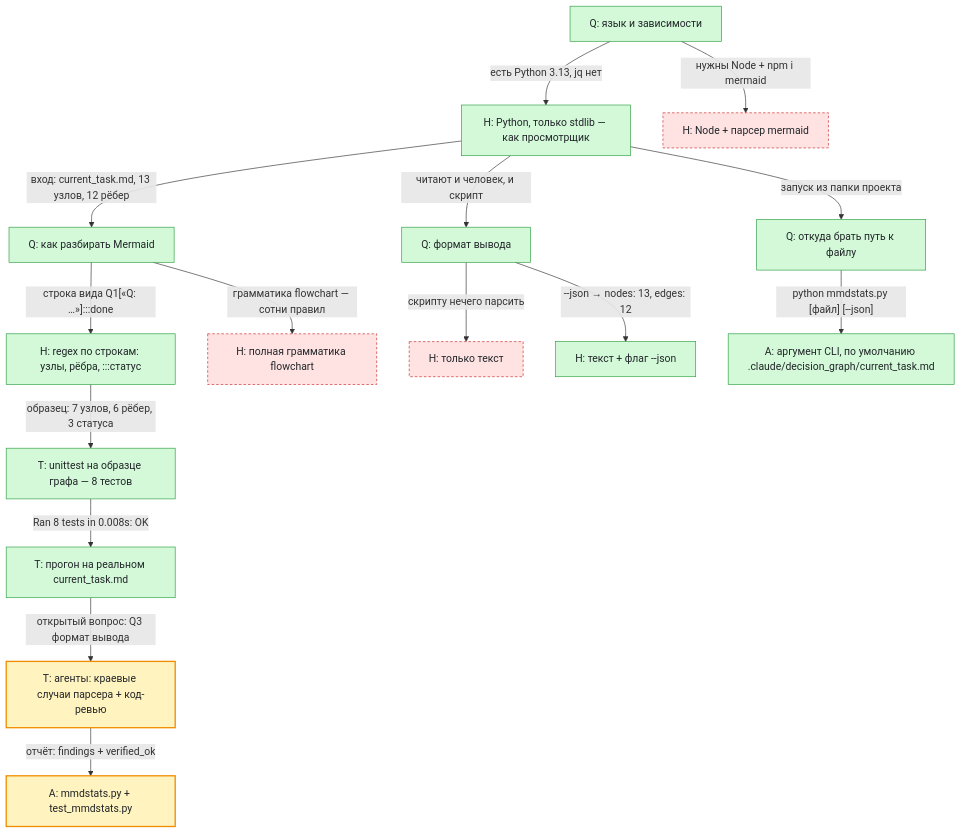
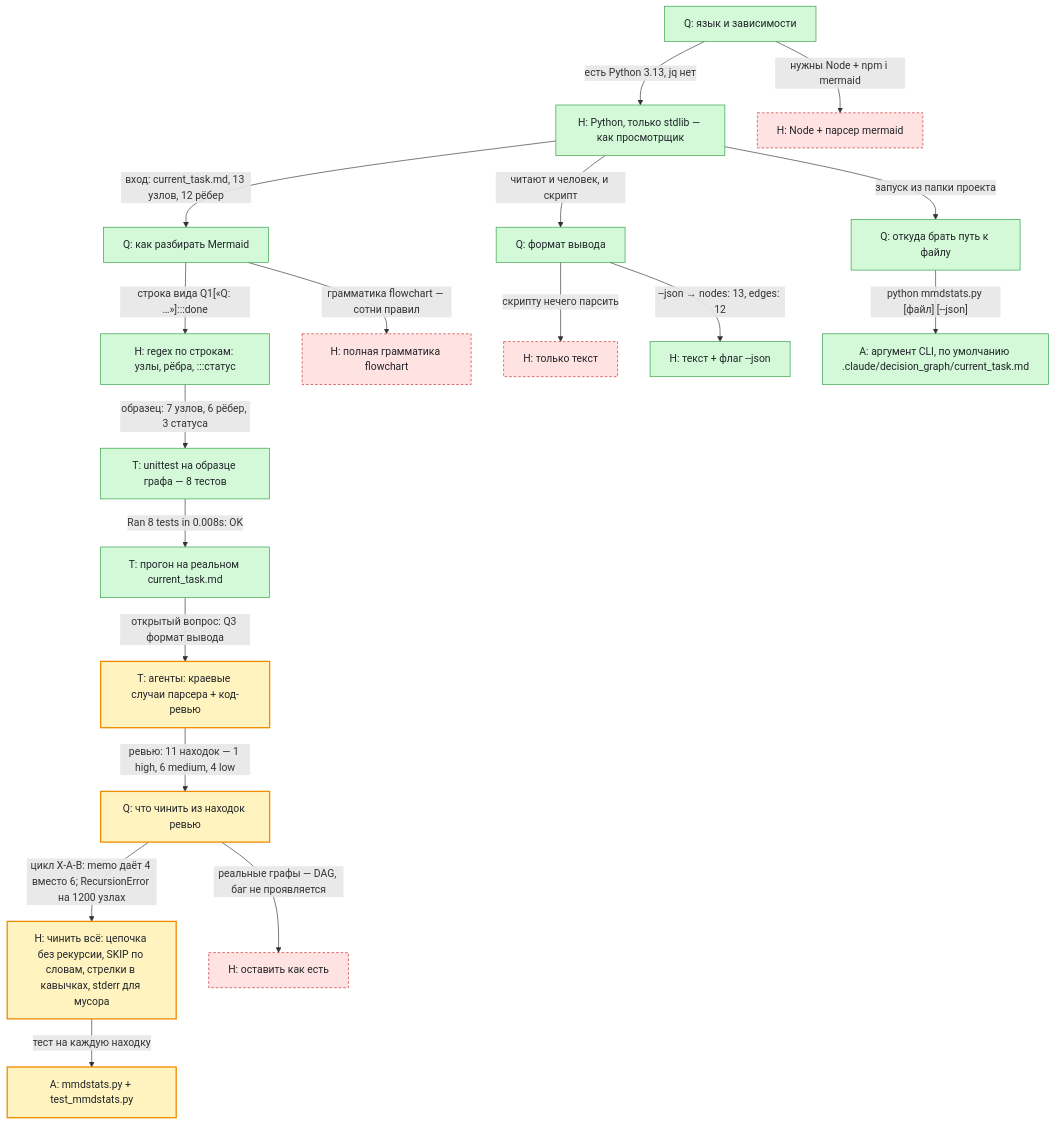
One commit to IGORSVOLOHOVS/ClaudeCodeMindViz changed the diagram in .claude/decision_graph/current_task.md. Above: the diagram before and after it, drawn with Mermaid. The commit also changed 7 other files, not shown here.

First line of the commit message:
Граф решений + трасса действий для Claude Code, утилита mmdstats

````diff
--- a/.claude/decision_graph/current_task.md
+++ b/.claude/decision_graph/current_task.md
@@ -8,22 +8,25 @@
 ```mermaid
 flowchart TD
   classDef active fill:#fff3bf,stroke:#f08c00,stroke-width:2px,color:#212529
   classDef done fill:#d3f9d8,stroke:#2f9e44,color:#212529
   classDef rejected fill:#ffe3e3,stroke:#c92a2a,stroke-dasharray:4 3,color:#212529
 
   Q1["Q: язык и зависимости"]:::done
   Q1 -->|"есть Python 3.13, jq нет"| H1["H: Python, только stdlib — как просмотрщик"]:::done
   Q1 -->|"нужны Node + npm i mermaid"| H2["H: Node + парсер mermaid"]:::rejected
   H1 -->|"вход: current_task.md, 13 узлов, 12 рёбер"| Q2["Q: как разбирать Mermaid"]:::done
   Q2 -->|"строка вида Q1[«Q: …»]:::done"| H3["H: regex по строкам: узлы, рёбра, :::статус"]:::done
   Q2 -->|"грамматика flowchart — сотни правил"| H4["H: полная грамматика flowchart"]:::rejected
   H1 -->|"читают и человек, и скрипт"| Q3["Q: формат вывода"]:::done
   Q3 -->|"скрипту нечего парсить"| H5["H: только текст"]:::rejected
   Q3 -->|"--json → nodes: 13, edges: 12"| H6["H: текст + флаг --json"]:::done
   H1 -->|"запуск из папки проекта"| Q4["Q: откуда брать путь к файлу"]:::done
   Q4 -->|"python mmdstats.py [файл] [--json]"| A1["A: аргумент CLI, по умолчанию .claude/decision_graph/current_task.md"]:::done
   H3 -->|"образец: 7 узлов, 6 рёбер, 3 статуса"| T1["T: unittest на образце графа — 8 тестов"]:::done
   T1 -->|"Ran 8 tests in 0.008s: OK"| T2["T: прогон на реальном current_task.md"]:::done
   T2 -->|"открытый вопрос: Q3 формат вывода"| T3["T: агенты: краевые случаи парсера + код-ревью"]:::active
-  T3 -->|"отчёт: findings + verified_ok"| A2["A: mmdstats.py + test_mmdstats.py"]:::active
+  T3 -->|"ревью: 11 находок — 1 high, 6 medium, 4 low"| Q5["Q: что чинить из находок ревью"]:::active
+  Q5 -->|"цикл X-A-B: memo даёт 4 вместо 6; RecursionError на 1200 узлах"| H7["H: чинить всё: цепочка без рекурсии, SKIP по словам, стрелки в кавычках, stderr для мусора"]:::active
+  Q5 -->|"реальные графы — DAG, баг не проявляется"| H8["H: оставить как есть"]:::rejected
+  H7 -->|"тест на каждую находку"| A2["A: mmdstats.py + test_mmdstats.py"]:::active
 ```
````
